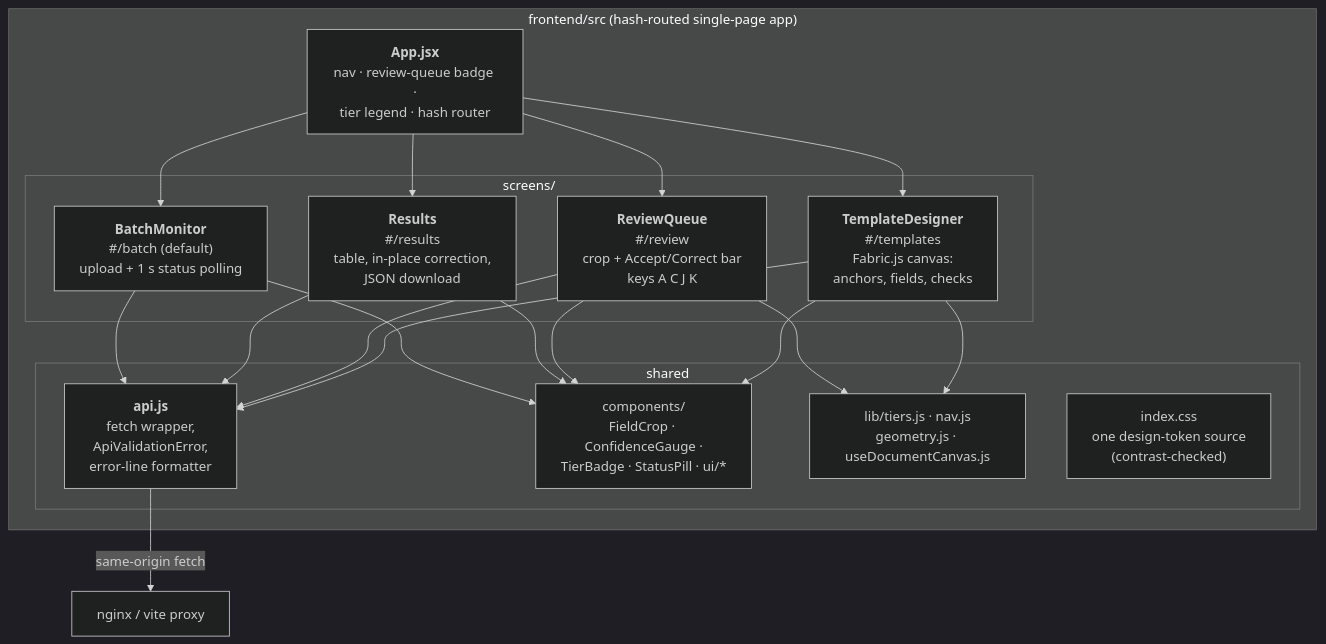
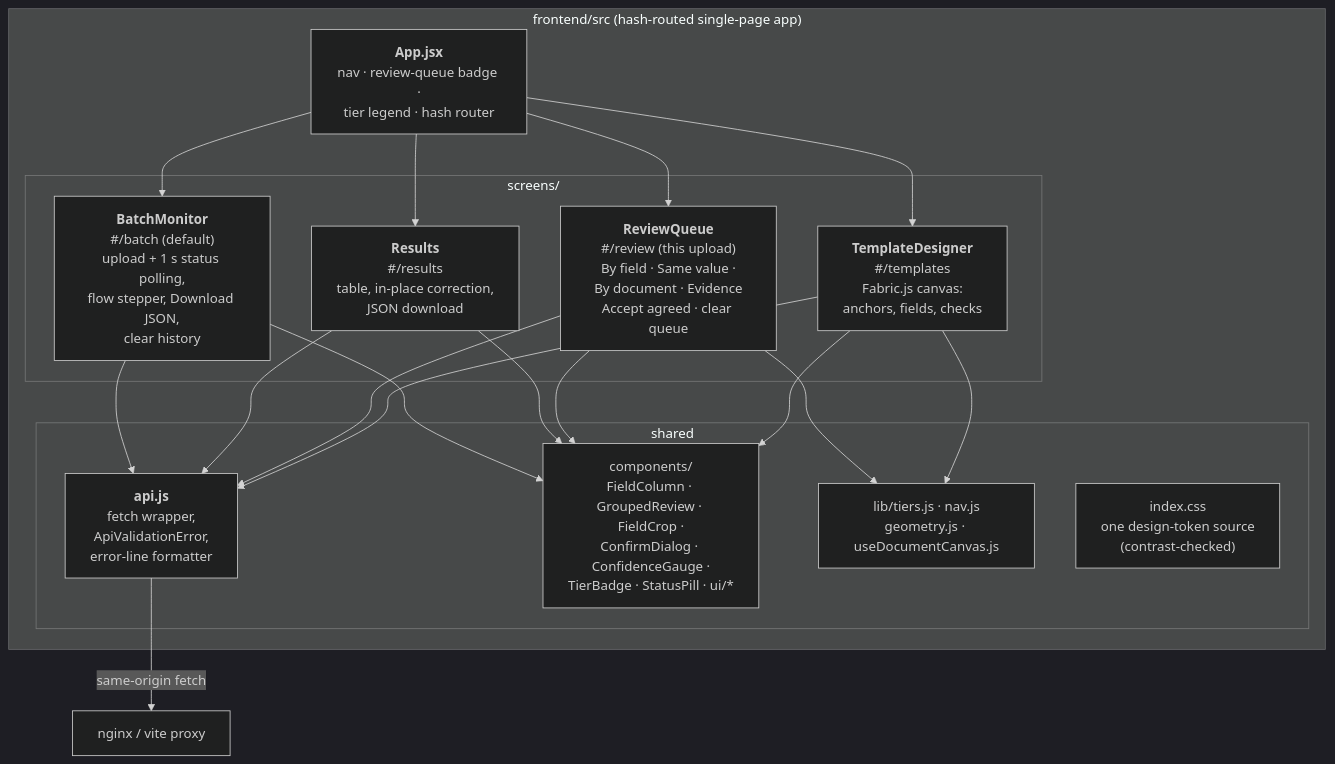
One commit to Megh-1/OCR_Reader changed the sixth of 25 diagrams in architecture.md. Above: the diagram before and after it, drawn with Mermaid (dark theme). The commit also changed other lines of this file and 3 other files, not shown here.

First line of the commit message:
Bring architecture docs up to date: vision reader, reader engines, measured results, and an HTML generator

````diff
--- a/architecture.md
+++ b/architecture.md
@@ -221,24 +267,24 @@
 ```mermaid
 flowchart TB
     subgraph SPA["frontend/src  (hash-routed single-page app)"]
         APP["<b>App.jsx</b><br/>nav · review-queue badge ·<br/>tier legend · hash router"]
         subgraph screens["screens/"]
-            S1["<b>BatchMonitor</b><br/>#/batch (default)<br/>upload + 1 s status polling"]
+            S1["<b>BatchMonitor</b><br/>#/batch (default)<br/>upload + 1 s status polling,<br/>flow stepper, Download JSON,<br/>clear history"]
             S2["<b>Results</b><br/>#/results<br/>table, in-place correction,<br/>JSON download"]
-            S3["<b>ReviewQueue</b><br/>#/review<br/>crop + Accept/Correct bar<br/>keys A C J K"]
+            S3["<b>ReviewQueue</b><br/>#/review (this upload)<br/>By field · Same value ·<br/>By document · Evidence<br/>Accept agreed · clear queue"]
             S4["<b>TemplateDesigner</b><br/>#/templates<br/>Fabric.js canvas:<br/>anchors, fields, checks"]
         end
         subgraph shared["shared"]
             API["<b>api.js</b><br/>fetch wrapper,<br/>ApiValidationError,<br/>error-line formatter"]
-            COMP["components/<br/>FieldCrop · ConfidenceGauge ·<br/>TierBadge · StatusPill · ui/*"]
+            COMP["components/<br/>FieldColumn · GroupedReview · FieldCrop ·<br/>ConfirmDialog · ConfidenceGauge ·<br/>TierBadge · StatusPill · ui/*"]
             LIB["lib/tiers.js · nav.js<br/>geometry.js · useDocumentCanvas.js"]
             CSS["index.css<br/>one design-token source<br/>(contrast-checked)"]
         end
     end
 
     APP --> S1 & S2 & S3 & S4
     S1 & S2 & S3 & S4 --> API
     S1 & S2 & S3 & S4 --> COMP
     S3 & S4 --> LIB
     API -->|"same-origin fetch"| PROXY["nginx / vite proxy"]
 ```
````
